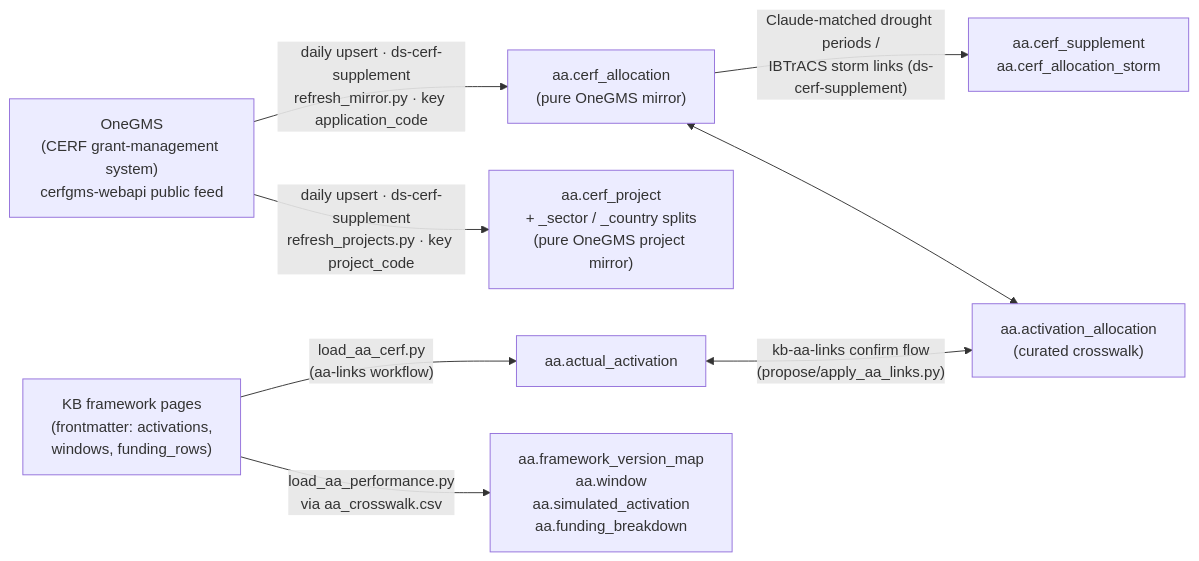
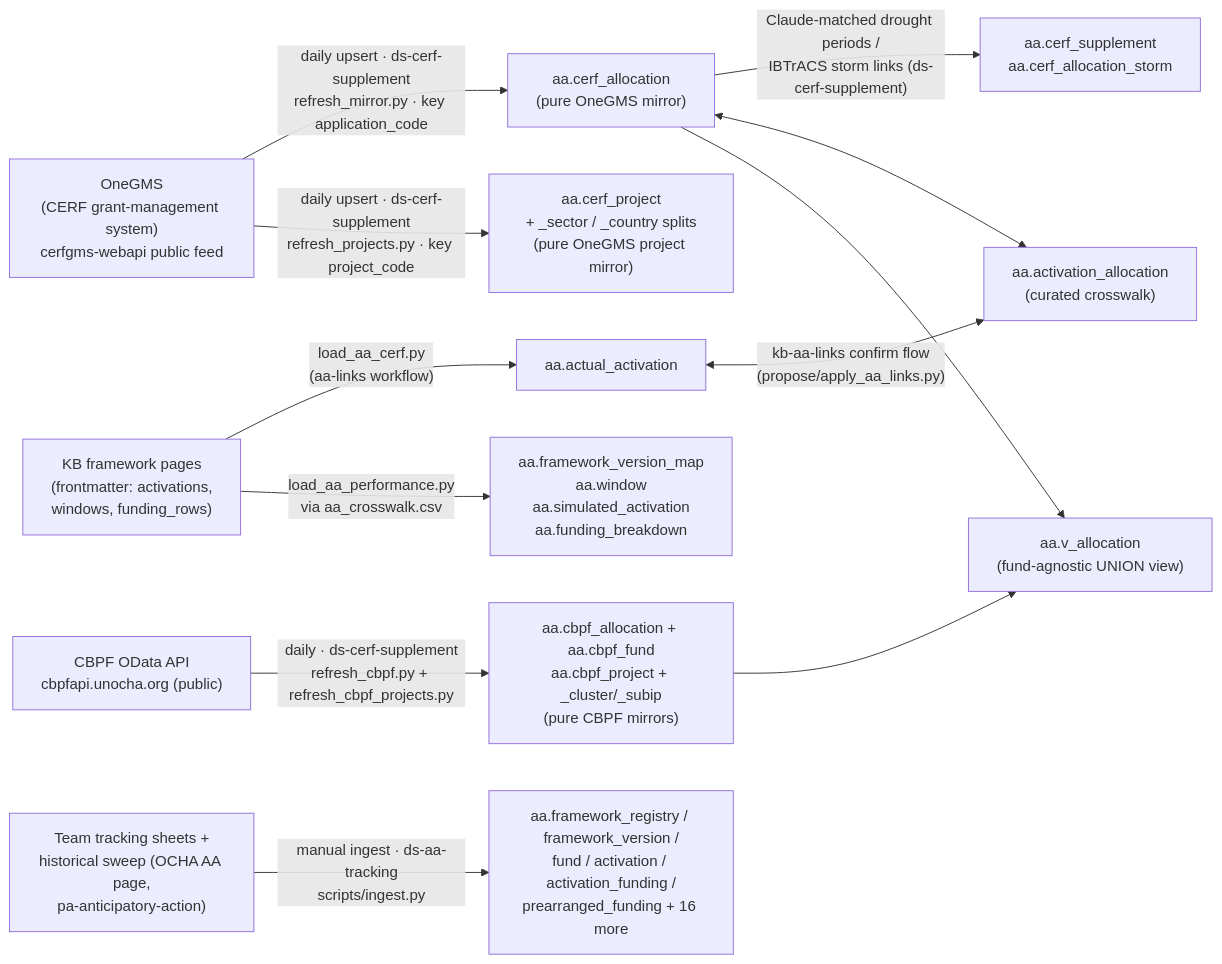
Before and after one commit to OCHA-DAP/ds-knowledge-base: the first of 3 diagrams in infrastructure/db-erd.md, drawn with Mermaid. The commit also changed other lines of this file and 3 other files, not shown here.

First line of the commit message:
Document the AA tracking system, CBPF mirrors, and aa-schema expansion

````diff
--- a/infrastructure/db-erd.md
+++ b/infrastructure/db-erd.md
@@ -30,12 +35,18 @@
 ```mermaid
 flowchart LR
     onegms["OneGMS<br/>(CERF grant-management system)<br/>cerfgms-webapi public feed"]
     kb["KB framework pages<br/>(frontmatter: activations,<br/>windows, funding_rows)"]
     onegms -->|"daily upsert · ds-cerf-supplement<br/>refresh_mirror.py · key application_code"| mirror["aa.cerf_allocation<br/>(pure OneGMS mirror)"]
     onegms -->|"daily upsert · ds-cerf-supplement<br/>refresh_projects.py · key project_code"| projmirror["aa.cerf_project<br/>+ _sector / _country splits<br/>(pure OneGMS project mirror)"]
     mirror -->|"Claude-matched drought periods /<br/>IBTrACS storm links (ds-cerf-supplement)"| supp["aa.cerf_supplement<br/>aa.cerf_allocation_storm"]
     kb -->|"load_aa_cerf.py<br/>(aa-links workflow)"| act["aa.actual_activation"]
     kb -->|"load_aa_performance.py<br/>via aa_crosswalk.csv"| perf["aa.framework_version_map<br/>aa.window<br/>aa.simulated_activation<br/>aa.funding_breakdown"]
     act <-->|"kb-aa-links confirm flow<br/>(propose/apply_aa_links.py)"| xwalk["aa.activation_allocation<br/>(curated crosswalk)"]
     mirror <--> xwalk
+    cbpfapi["CBPF OData API<br/>cbpfapi.unocha.org (public)"]
+    cbpfapi -->|"daily · ds-cerf-supplement<br/>refresh_cbpf.py + refresh_cbpf_projects.py"| cbpf["aa.cbpf_allocation + aa.cbpf_fund<br/>aa.cbpf_project + _cluster/_subip<br/>(pure CBPF mirrors)"]
+    mirror --> valloc["aa.v_allocation<br/>(fund-agnostic UNION view)"]
+    cbpf --> valloc
+    sheets["Team tracking sheets +<br/>historical sweep (OCHA AA page,<br/>pa-anticipatory-action)"]
+    sheets -->|"manual ingest · ds-aa-tracking<br/>scripts/ingest.py"| trk["aa.framework_registry / framework_version /<br/>fund / activation / activation_funding /<br/>prearranged_funding + 16 more"]
 ```
````
